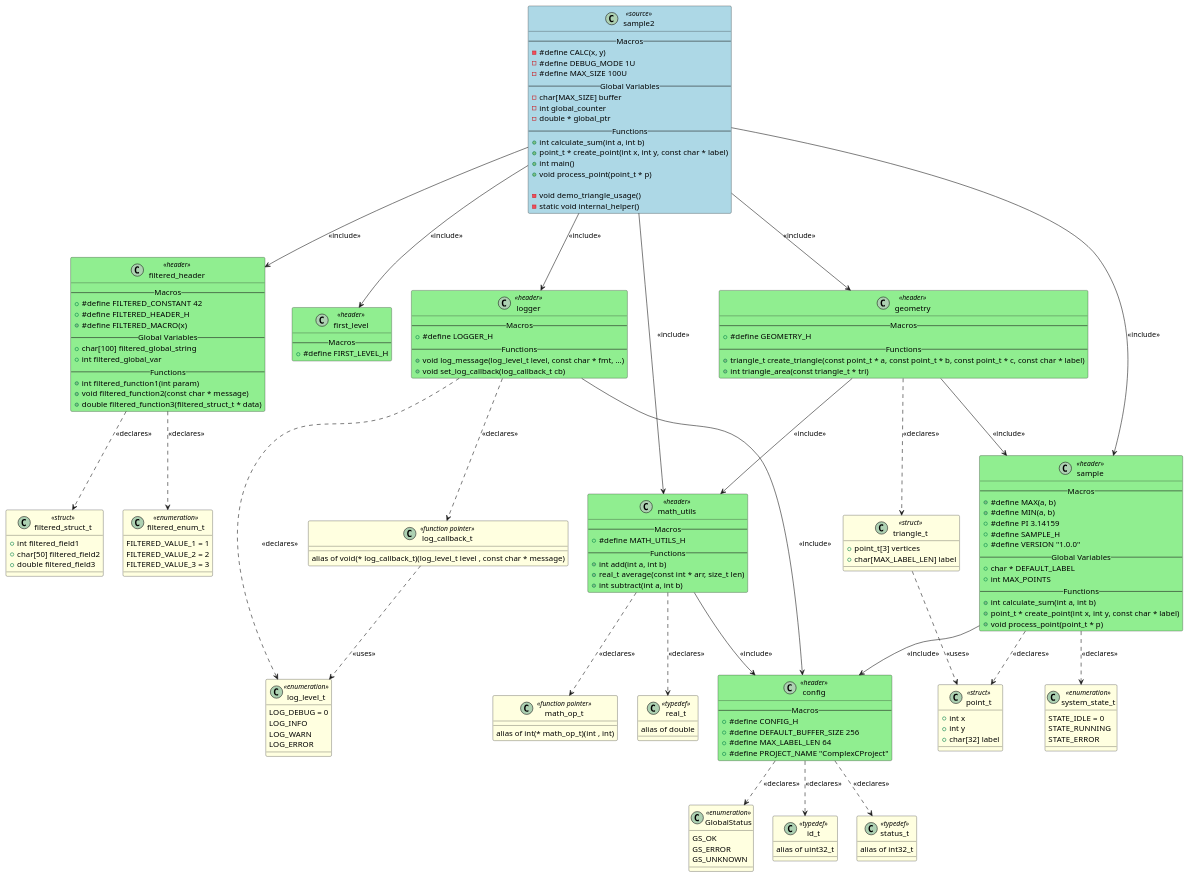
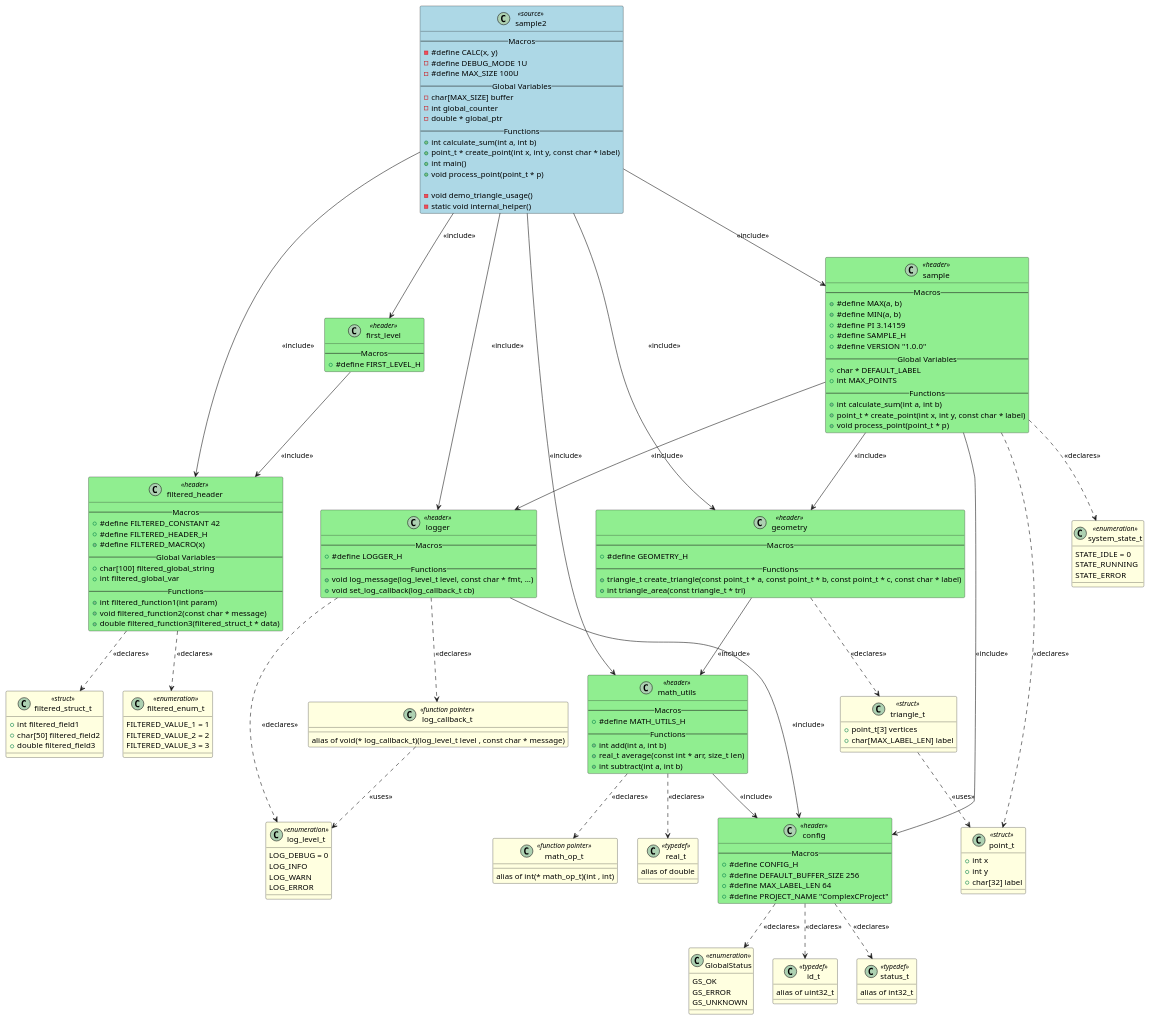
Before and after one commit to fischerjooo/c2puml: the diagram in artifacts/output_example/sample2.puml, drawn with PlantUML. The commit also changed 26 other files, not shown here.

```diff
--- a/artifacts/output_example/sample2.puml
+++ b/artifacts/output_example/sample2.puml
@@ -171,11 +171,13 @@
 
 
 ' Include relationships
+HEADER_FIRST_LEVEL --> HEADER_FILTERED_HEADER : <<include>>
 HEADER_GEOMETRY --> HEADER_MATH_UTILS : <<include>>
-HEADER_GEOMETRY --> HEADER_SAMPLE : <<include>>
 HEADER_LOGGER --> HEADER_CONFIG : <<include>>
 HEADER_MATH_UTILS --> HEADER_CONFIG : <<include>>
 HEADER_SAMPLE --> HEADER_CONFIG : <<include>>
+HEADER_SAMPLE --> HEADER_GEOMETRY : <<include>>
+HEADER_SAMPLE --> HEADER_LOGGER : <<include>>
 SAMPLE2 --> HEADER_FILTERED_HEADER : <<include>>
 SAMPLE2 --> HEADER_FIRST_LEVEL : <<include>>
 SAMPLE2 --> HEADER_GEOMETRY : <<include>>
```
